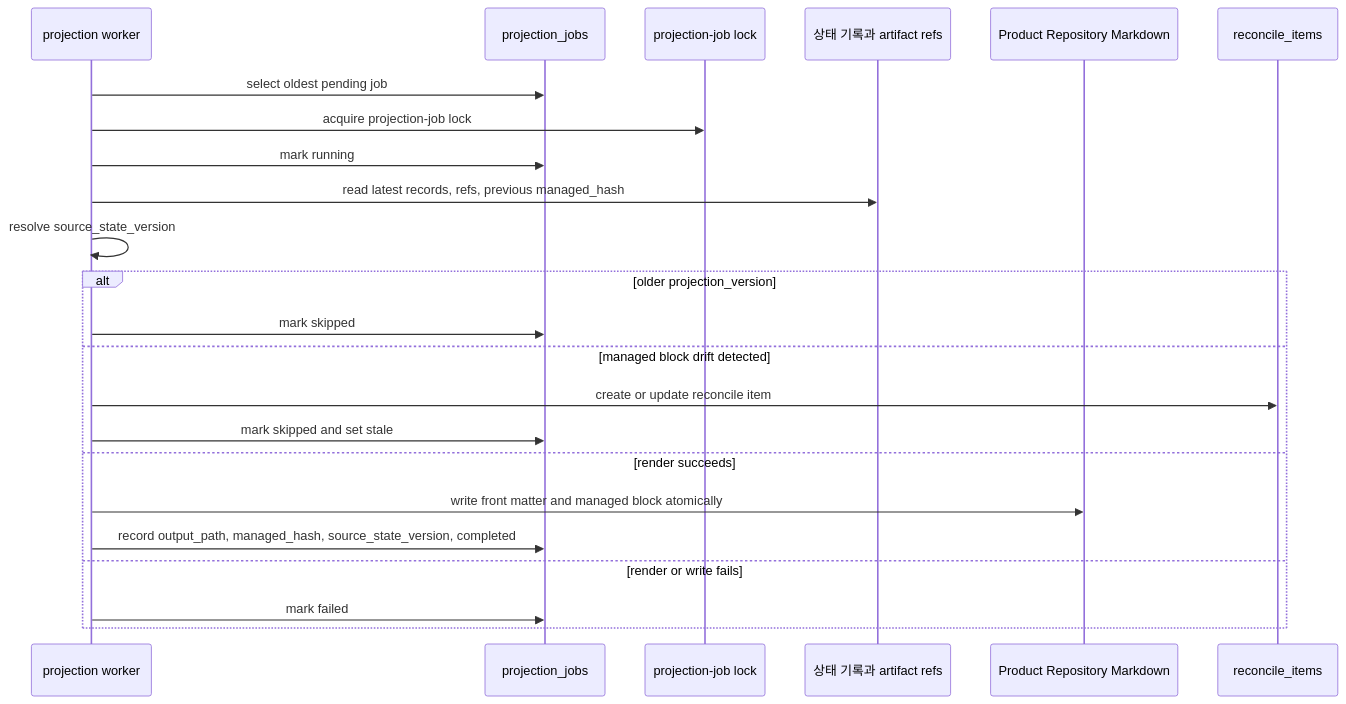
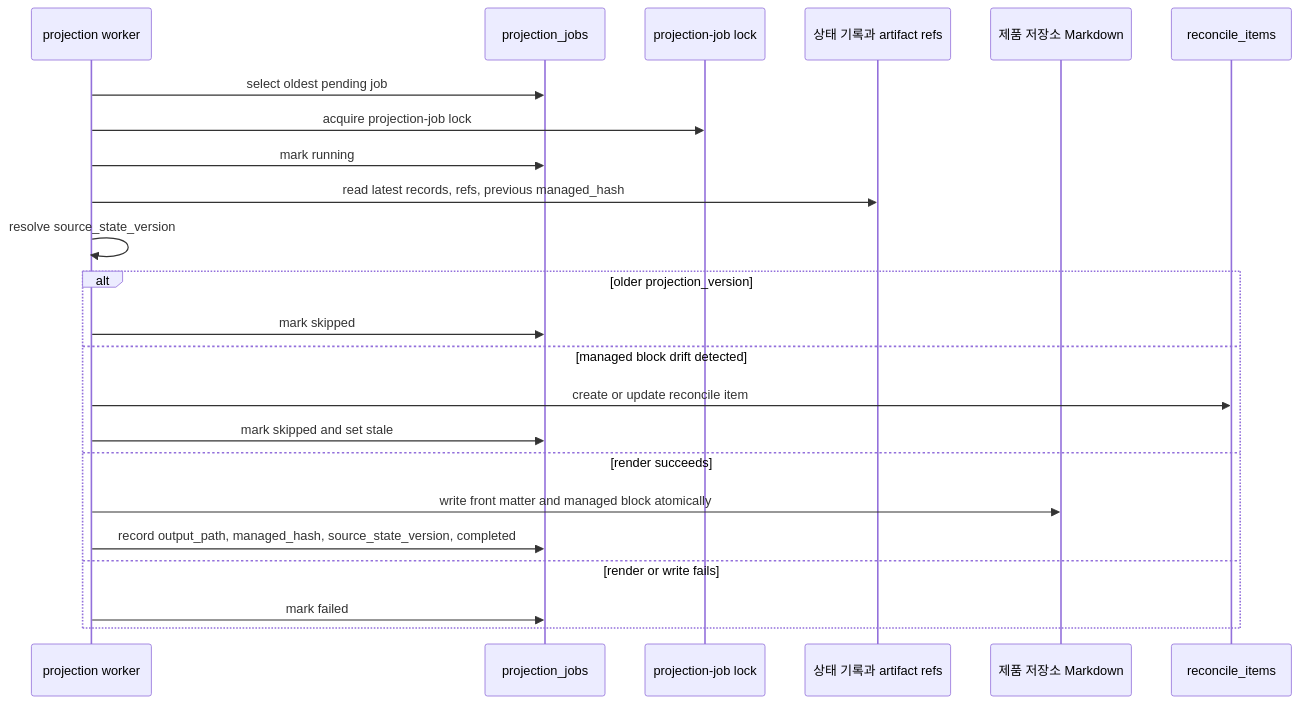
The ninth of 10 diagrams in docs/ko/reference/storage-and-ddl.md (minjungw00/Volicord), drawn with Mermaid before and after one commit. The commit also changed other lines of this file and 34 other files, not shown here.

````diff
--- a/docs/ko/reference/storage-and-ddl.md
+++ b/docs/ko/reference/storage-and-ddl.md
@@ -1349,26 +1353,26 @@
 ```mermaid
 sequenceDiagram
   participant Worker as projection worker
   participant Jobs as projection_jobs
   participant Lock as projection-job lock
   participant State as 상태 기록과 artifact refs
-  participant Repo as Product Repository Markdown
+  participant Repo as 제품 저장소 Markdown
   participant Reconcile as reconcile_items
 
   Worker->>Jobs: select oldest pending job
   Worker->>Lock: acquire projection-job lock
   Worker->>Jobs: mark running
   Worker->>State: read latest records, refs, previous managed_hash
   Worker->>Worker: resolve source_state_version
   alt older projection_version
     Worker->>Jobs: mark skipped
   else managed block drift detected
     Worker->>Reconcile: create or update reconcile item
     Worker->>Jobs: mark skipped and set stale
   else render succeeds
     Worker->>Repo: write front matter and managed block atomically
     Worker->>Jobs: record output_path, managed_hash, source_state_version, completed
   else render or write fails
     Worker->>Jobs: mark failed
   end
 ```
````
